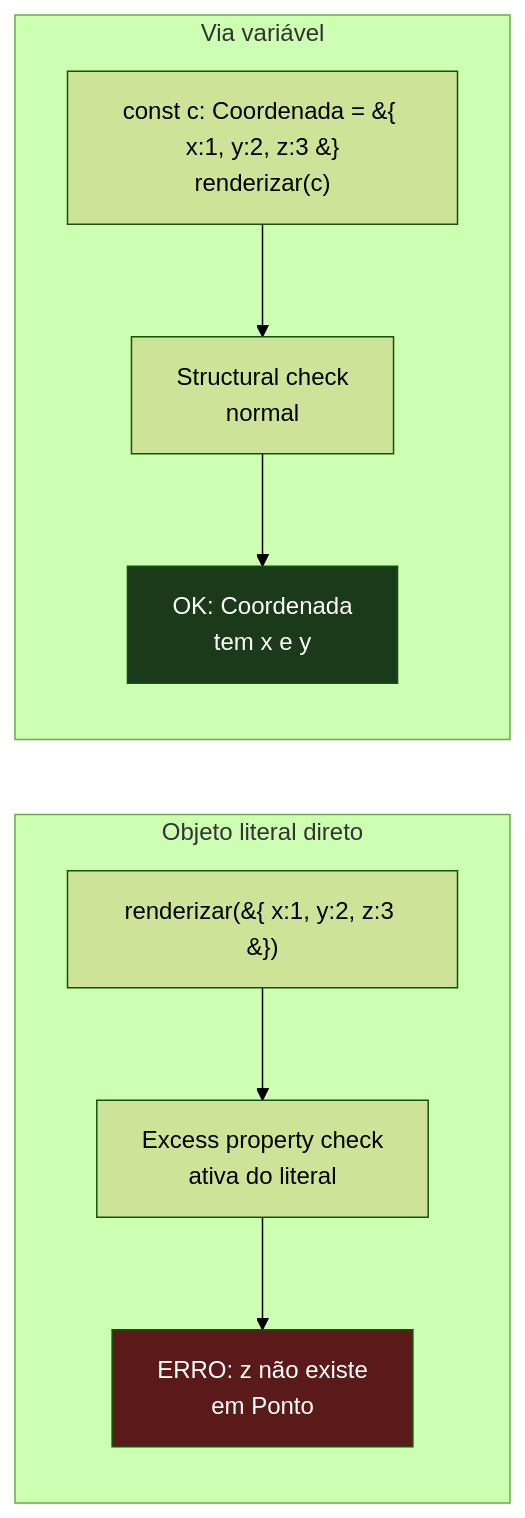
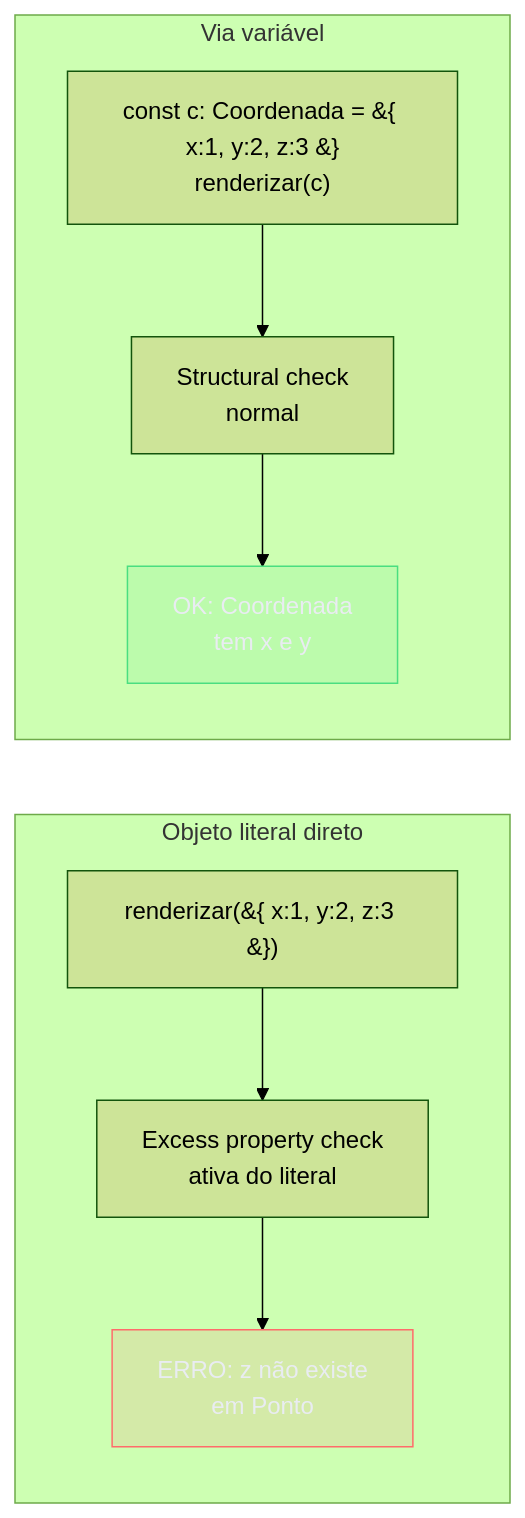
One commit to josenaldo/codex-technomanticus changed the third of 3 diagrams in 03-Dominios/Tecnologia/TypeScript/01 - O que é TypeScript - gradual, estrutural, apagado.md. Above: the diagram before and after it, drawn with Mermaid (forest theme). The commit also changed other lines of this file and 1181 other files, not shown here.

First line of the commit message:
fix(diagramas): paleta do sistema no lugar de cor cravada no markdown

````diff
--- a/03-Dominios/Tecnologia/TypeScript/01 - O que é TypeScript - gradual, estrutural, apagado.md
+++ b/03-Dominios/Tecnologia/TypeScript/01 - O que é TypeScript - gradual, estrutural, apagado.md
@@ -213,18 +218,20 @@
 ```mermaid
 flowchart LR
+    classDef falha fill:#FF6B6B24,stroke:#FF6B6B,color:#E9ECF2
+    classDef ok fill:#4ADE8021,stroke:#4ADE80,color:#E9ECF2
     subgraph LIT["Objeto literal direto"]
         L1["renderizar(&#123; x:1, y:2, z:3 &#125;)"]
         L2["Excess property check\nativa do literal"]
         L3["ERRO: z não existe\nem Ponto"]
         L1 --> L2 --> L3
-        style L3 fill:#5a1a1a,color:#fff
+        class L3 falha
     end
 
     subgraph VAR["Via variável"]
         V1["const c: Coordenada = &#123; x:1, y:2, z:3 &#125;\nrenderizar(c)"]
         V2["Structural check\nnormal"]
         V3["OK: Coordenada\ntem x e y"]
         V1 --> V2 --> V3
-        style V3 fill:#1a3a1a,color:#fff
+        class V3 ok
     end
 ```
````
